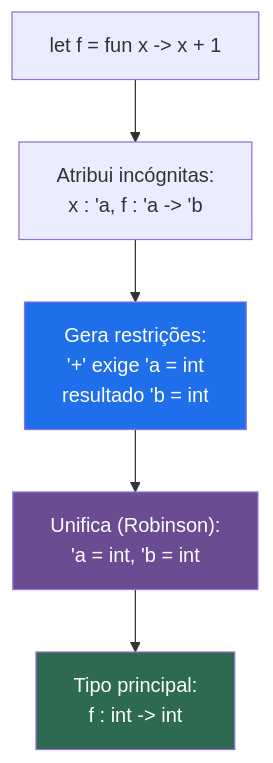
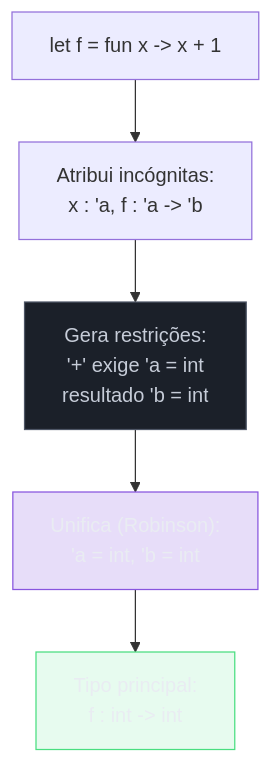
One commit to josenaldo/codex-technomanticus changed the third of 5 diagrams in 03-Dominios/Ciência/Paradigmas/13 - Sistemas de tipos.md. Above: the diagram before and after it, drawn with Mermaid. The commit also changed other lines of this file and 1181 other files, not shown here.

First line of the commit message:
fix(diagramas): paleta do sistema no lugar de cor cravada no markdown

````diff
--- a/03-Dominios/Ciência/Paradigmas/13 - Sistemas de tipos.md
+++ b/03-Dominios/Ciência/Paradigmas/13 - Sistemas de tipos.md
@@ -142,10 +147,13 @@
 ```mermaid
 flowchart TB
+    classDef neutro fill:#1B2029,stroke:#4E5666,color:#C6CCD8
+    classDef marca fill:#8855DF33,stroke:#8855DF,color:#E9ECF2
+    classDef ok fill:#4ADE8021,stroke:#4ADE80,color:#E9ECF2
     A["let f = fun x -> x + 1"] --> B["Atribui incógnitas:<br/>x : 'a, f : 'a -> 'b"]
     B --> C["Gera restrições:<br/>'+' exige 'a = int<br/>resultado 'b = int"]
     C --> D["Unifica (Robinson):<br/>'a = int, 'b = int"]
     D --> E["Tipo principal:<br/>f : int -> int"]
-    style C fill:#1f6feb,color:#fff
-    style D fill:#6a4c93,color:#fff
-    style E fill:#2d6a4f,color:#fff
+    class C neutro
+    class D marca
+    class E ok
 ```
````
